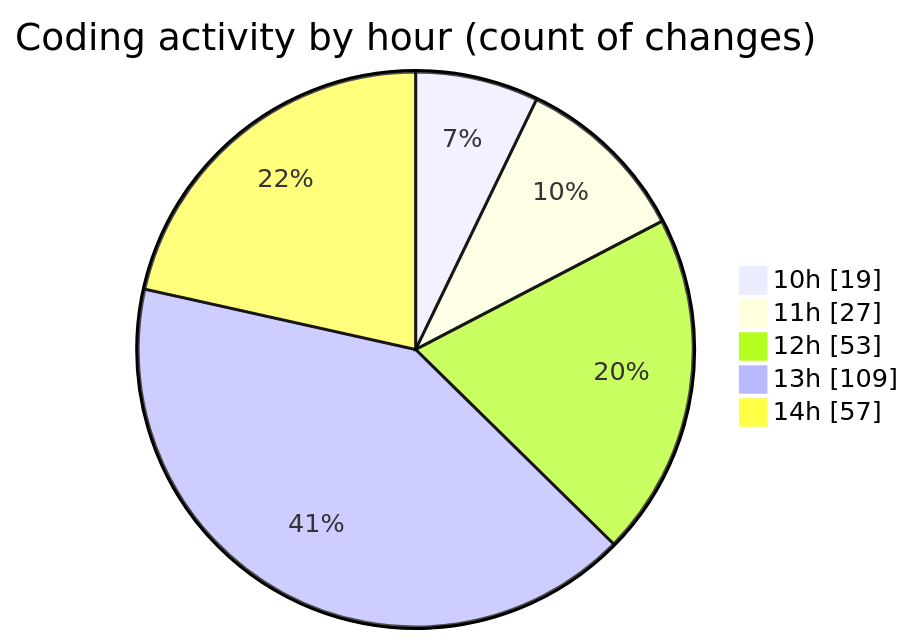
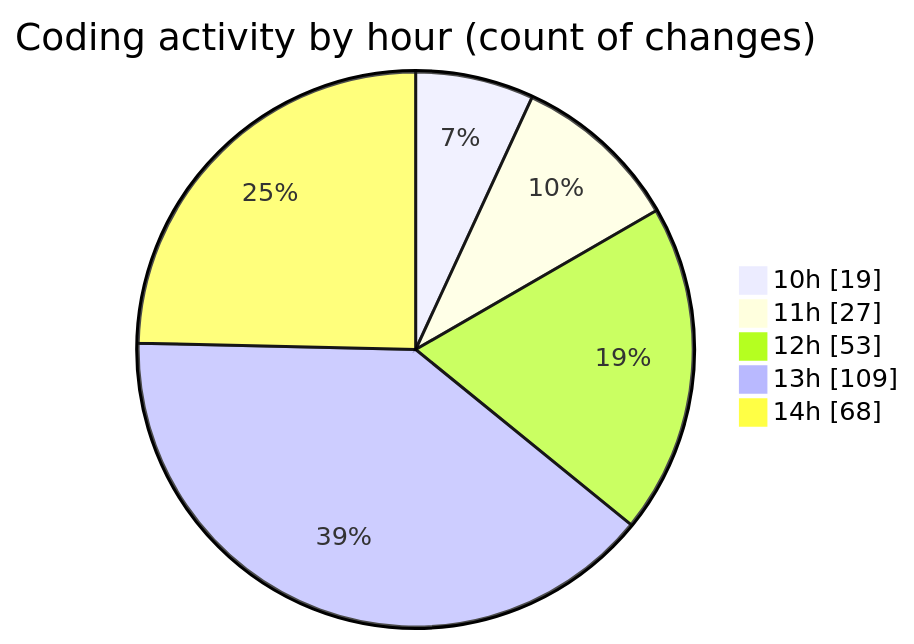
Before and after one commit to momahboobian/code-tracking: the second of 2 diagrams in 2025-03-18/cda/README.md, drawn with Mermaid. The commit also changed other lines of this file and 1 other file, not shown here.

````diff
--- a/2025-03-18/cda/README.md
+++ b/2025-03-18/cda/README.md
@@ -42,9 +42,9 @@
 ```mermaid
 pie showData
 title Coding activity by hour (count of changes)
 "10h" : 19
 "11h" : 27
 "12h" : 53
 "13h" : 109
-"14h" : 57
+"14h" : 68
 ```
````
